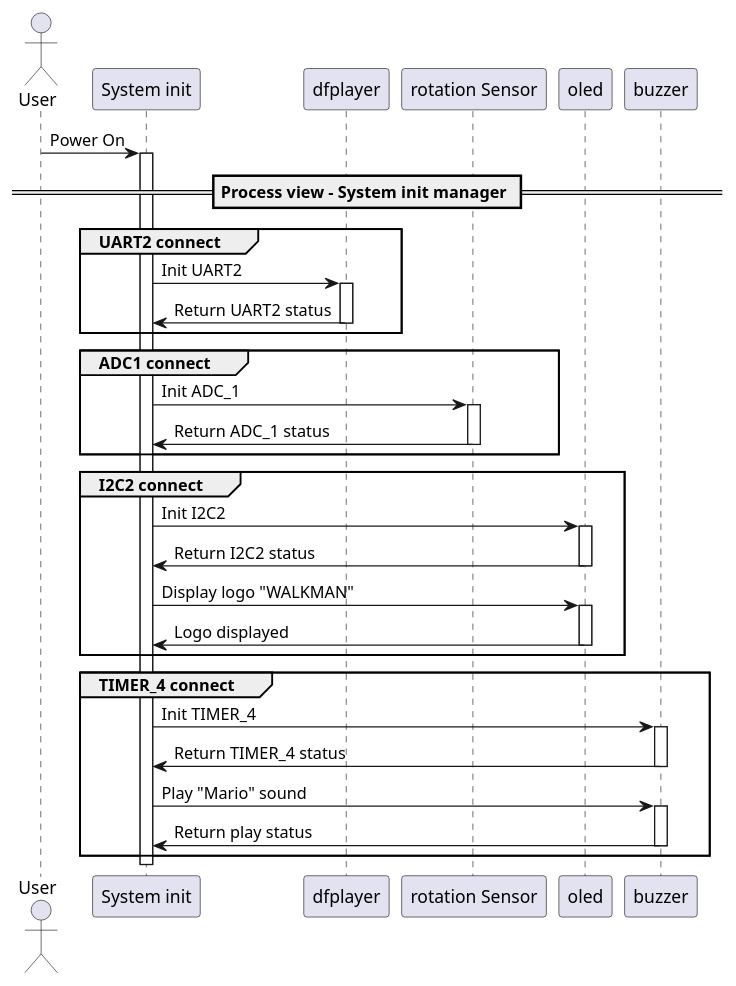
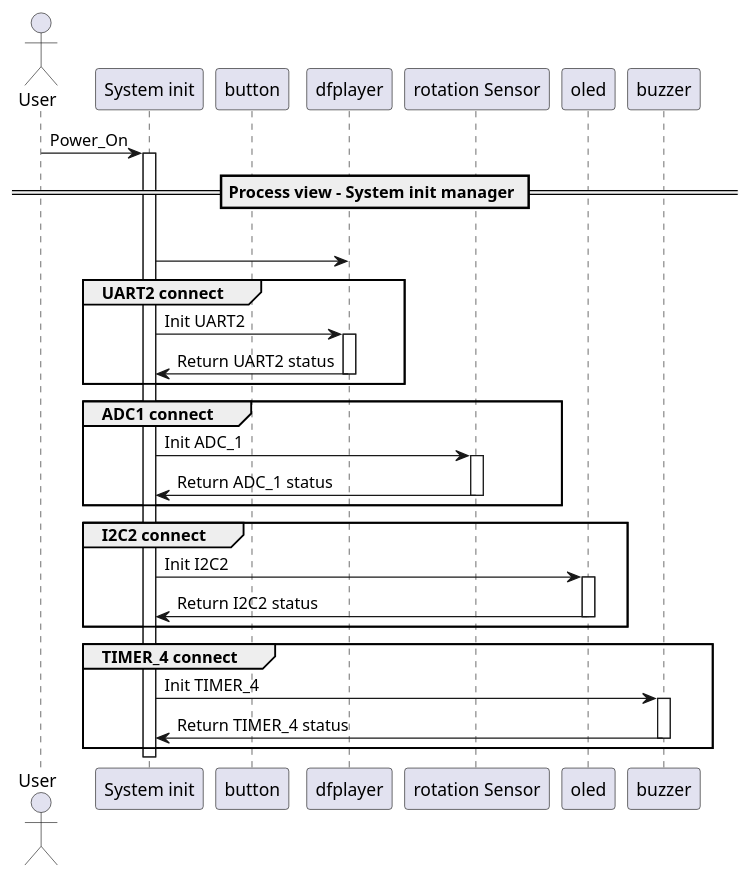
Before and after one commit to toannguyentien-itr-intern/MP3_Player: the diagram in Documents/Seqence_diagram/Initialzation.wsd, drawn with PlantUML.

Commit message:
Update: Move the display and make rhythm out of initialization.

```diff
--- a/Documents/Seqence_diagram/Initialzation.wsd
+++ b/Documents/Seqence_diagram/Initialzation.wsd
@@ -1,60 +1,56 @@
 @startuml Initialization
 
 actor User
 participant "System init"   as    MainSystem
+participant BUTTON          as    "button"
 participant DFPlayer        as    "dfplayer"
 participant RotationSensor  as    "rotation Sensor" 
 participant OLED            as    "oled"
 participant Buzzer          as    "buzzer"
 
 
-User -> MainSystem: Power On
+User -> MainSystem: Power_On
 activate MainSystem
 
 == Process view - System init manager ==
 
+
+group GPIO connect
+MainSystem -> DFPlayer
 
 group UART2 connect
 MainSystem -> DFPlayer: Init UART2
 activate DFPlayer
 DFPlayer -> MainSystem: Return UART2 status
 deactivate DFPlayer
 end
 
 group ADC1 connect
 MainSystem -> RotationSensor: Init ADC_1
 activate RotationSensor
 RotationSensor -> MainSystem: Return ADC_1 status
 deactivate RotationSensor
 end
 
 group I2C2 connect
 MainSystem -> OLED: Init I2C2 
 activate OLED
 OLED -> MainSystem: Return I2C2 status
 deactivate OLED
-MainSystem -> OLED: Display logo "WALKMAN"
-activate OLED
-OLED -> MainSystem: Logo displayed
-deactivate OLED
 end
 
 group TIMER_4 connect
 MainSystem -> Buzzer: Init TIMER_4
 activate Buzzer
 Buzzer -> MainSystem: Return TIMER_4 status
-deactivate Buzzer
-MainSystem -> Buzzer: Play "Mario" sound
-activate Buzzer
-Buzzer -> MainSystem: Return play status
 deactivate Buzzer
 end
 
 deactivate MainSystem
 
 ' note below of MainSystem
 '   Communication protocols:
 '     - I2C
 
 
 @enduml
```
